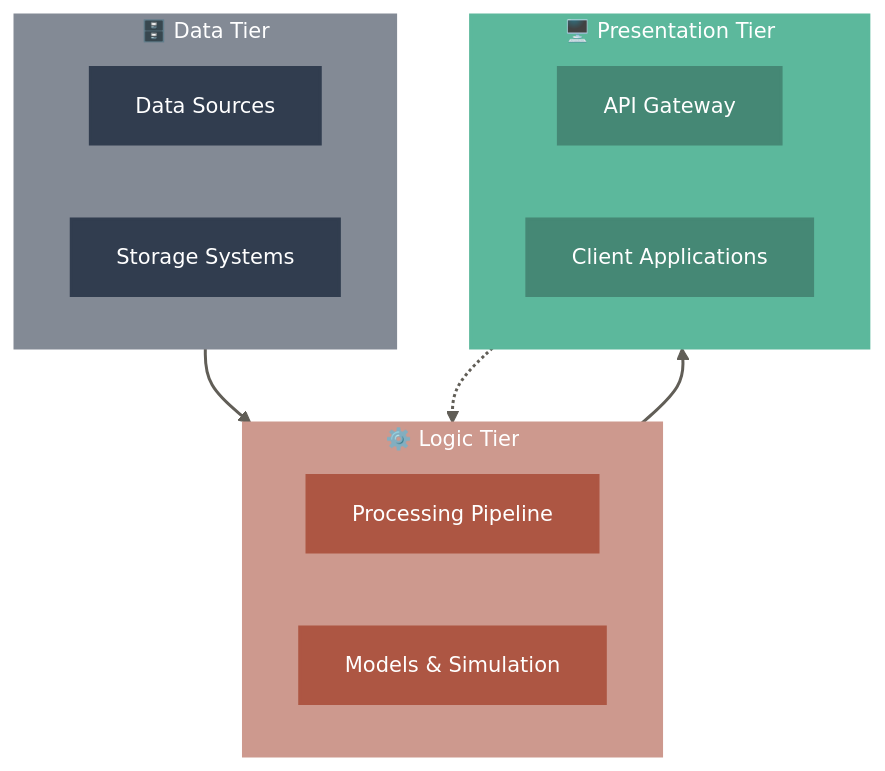
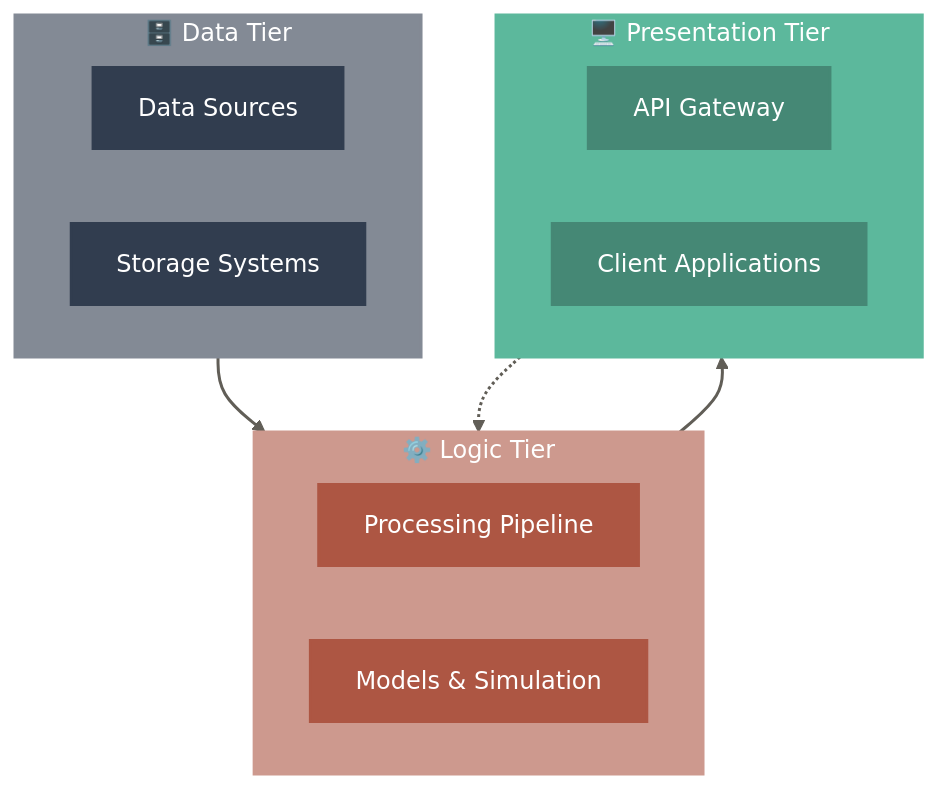
One commit to XRFutureForests/digital-twin-db changed the first of 4 diagrams in docs/architecture.md. Above: the diagram before and after it, drawn with Mermaid. The commit also changed 48 other files, not shown here.

````diff
--- a/docs/architecture.md
+++ b/docs/architecture.md
@@ -9,46 +9,46 @@
 ```mermaid
 %%{
-init: {
+init: {c
 'theme': 'base',
 'themeVariables': {
 'fontSize': '14px',
 'secondaryColor': '#848484'
 }
 }
 }%%
 flowchart TB
 subgraph DATA["🗄️ Data Tier"]
 D1[Data Sources]
 D2[Storage Systems]
 end
 
 subgraph LOGIC["⚙️ Logic Tier"]
 L1[Processing Pipeline]
 L2[Models & Simulation]
 end
 
 subgraph PRESENTATION["🖥️ Presentation Tier"]
 P1[API Gateway]
 P2[Client Applications]
 end
 
 DATA --> LOGIC
 LOGIC --> PRESENTATION
 PRESENTATION -.-> LOGIC
 
 classDef dataTier fill:#838a95,stroke:#838a95,stroke-width:2px,color:#ffffff
 classDef logicTier fill:#cd998e,stroke:#cd998e,stroke-width:2px,color:#ffffff
 classDef presentationTier fill:#5cb89c,stroke:#5cb89c,stroke-width:2px,color:#ffffff
 classDef dataNode fill:#313D4F,stroke:#313D4F,stroke-width:2px,color:#ffffff
 classDef logicNode fill:#ad5643,stroke:#ad5643,stroke-width:2px,color:#ffffff
 classDef presentationNode fill:#458875,stroke:#458875,stroke-width:2px,color:#ffffff
 
 class DATA dataTier
 class D1,D2 dataNode
 class LOGIC logicTier
 class L1,L2 logicNode
 class PRESENTATION presentationTier
 class P1,P2 presentationNode
 
 linkStyle 0,1,2 stroke:#615e57,stroke-width:2px,color:#ffffff
 ```
````
